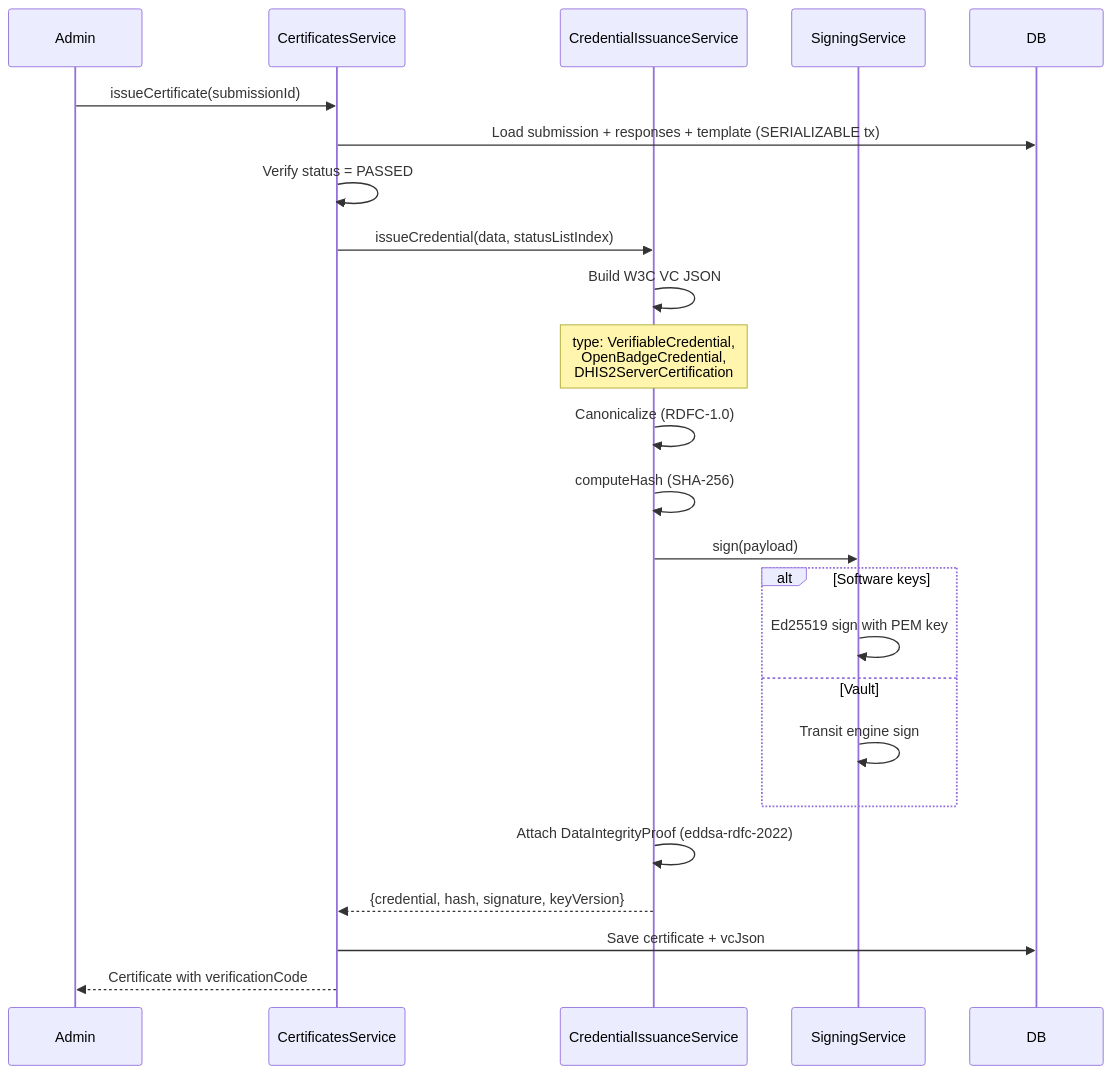
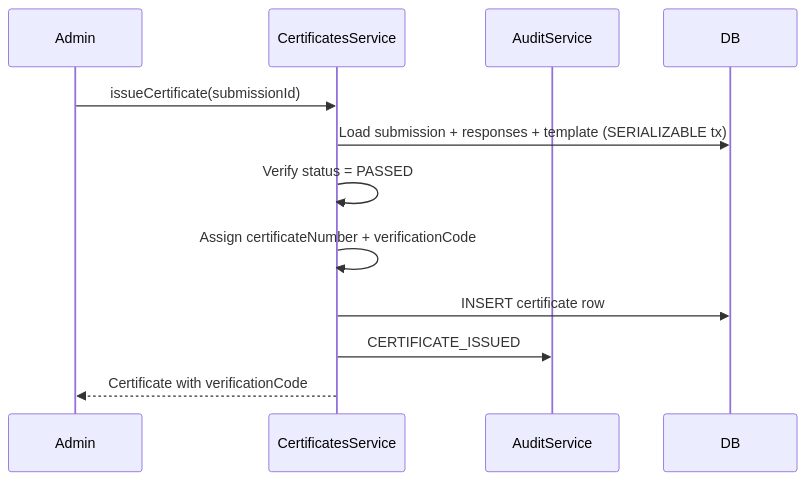
Before and after one commit to dhis2/certification-app: the seventh of 8 diagrams in docs/architecture.md, drawn with Mermaid. The commit also changed other lines of this file and 135 other files, not shown here.

````diff
--- a/docs/architecture.md
+++ b/docs/architecture.md
@@ -199,32 +221,15 @@
 ```mermaid
 sequenceDiagram
     participant Admin
     participant CertSvc as CertificatesService
-    participant IssSvc as CredentialIssuanceService
-    participant SignSvc as SigningService
+    participant Audit as AuditService
     participant DB
 
     Admin->>CertSvc: issueCertificate(submissionId)
     CertSvc->>DB: Load submission + responses + template (SERIALIZABLE tx)
     CertSvc->>CertSvc: Verify status = PASSED
-
-    CertSvc->>IssSvc: issueCredential(data, statusListIndex)
-    IssSvc->>IssSvc: Build W3C VC JSON
-    Note over IssSvc: type: VerifiableCredential,<br/>OpenBadgeCredential,<br/>DHIS2ServerCertification
-
-    IssSvc->>IssSvc: Canonicalize (RDFC-1.0)
-    IssSvc->>IssSvc: computeHash (SHA-256)
-    IssSvc->>SignSvc: sign(payload)
-
-    alt Software keys
-        SignSvc->>SignSvc: Ed25519 sign with PEM key
-    else Vault
-        SignSvc->>SignSvc: Transit engine sign
-    end
-
-    IssSvc->>IssSvc: Attach DataIntegrityProof (eddsa-rdfc-2022)
-    IssSvc-->>CertSvc: {credential, hash, signature, keyVersion}
-
-    CertSvc->>DB: Save certificate + vcJson
+    CertSvc->>CertSvc: Assign certificateNumber + verificationCode
+    CertSvc->>DB: INSERT certificate row
+    CertSvc->>Audit: CERTIFICATE_ISSUED
     CertSvc-->>Admin: Certificate with verificationCode
 ```
````
